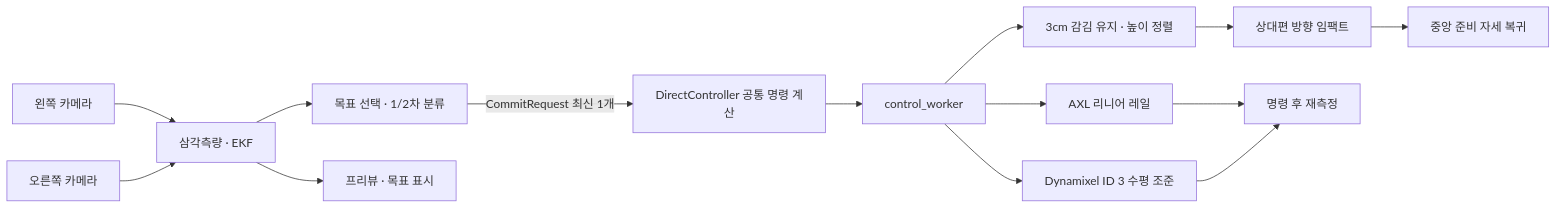
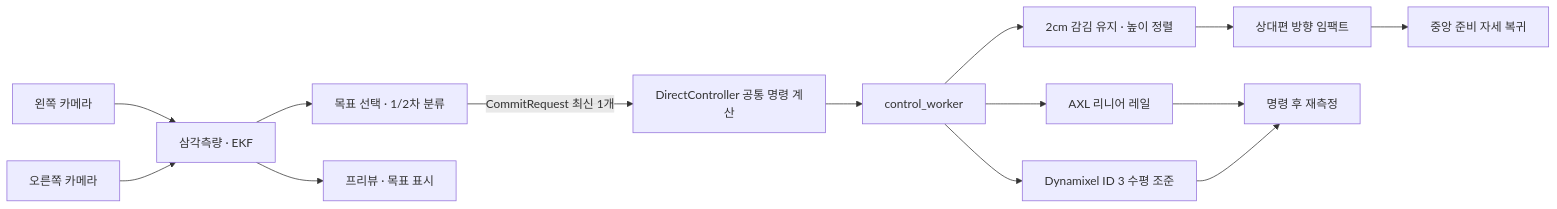
One commit to luv-all/pingpong-bot changed the diagram in src/real/README.md. Above: the diagram before and after it, drawn with Mermaid. The commit also changed other lines of this file and 6 other files, not shown here.

````diff
--- a/src/real/README.md
+++ b/src/real/README.md
@@ -30,16 +32,16 @@
 ```mermaid
 flowchart LR
     camL["왼쪽 카메라"] --> est["삼각측량 · EKF"]
     camR["오른쪽 카메라"] --> est
     est --> stage["목표 선택 · 1/2차 분류"]
     stage -->|"CommitRequest 최신 1개"| shared["DirectController 공통 명령 계산"]
     shared --> ctl["control_worker"]
     ctl --> rail["AXL 리니어 레일"]
     ctl --> aim["Dynamixel ID 3 수평 조준"]
-    ctl --> windup["3cm 감김 유지 · 높이 정렬"]
+    ctl --> windup["2cm 감김 유지 · 높이 정렬"]
     windup --> impact["상대편 방향 임팩트"]
     rail --> readback["명령 후 재측정"]
     aim --> readback
     impact --> home["중앙 준비 자세 복귀"]
     est --> preview["프리뷰 · 목표 표시"]
 ```
````
